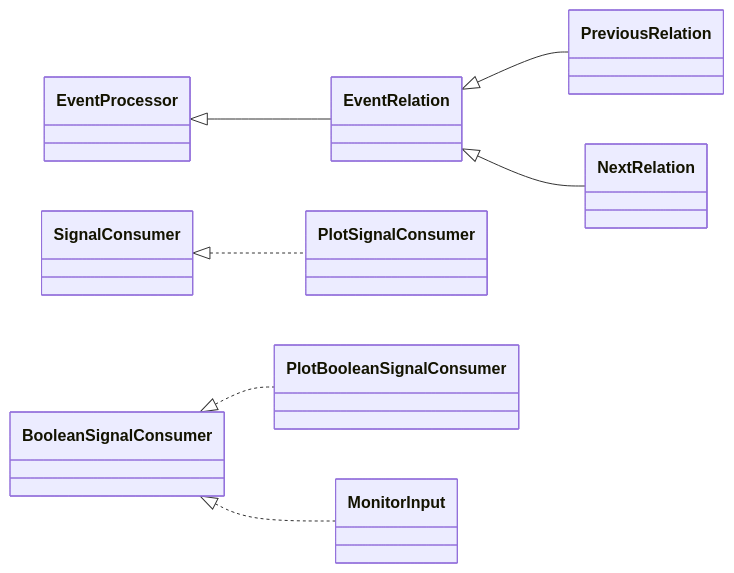
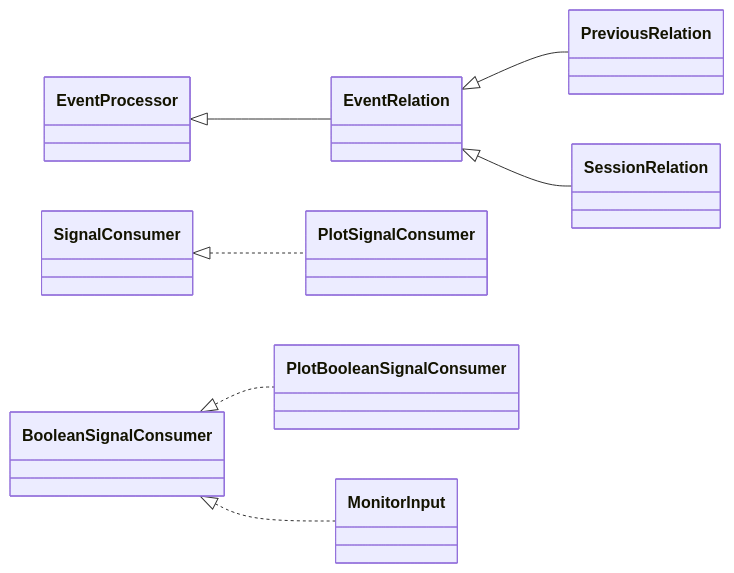
One commit to quasylab/CyTLMonitor changed the fifth of 5 diagrams in docs/architecture.md. Above: the diagram before and after it, drawn with Mermaid. The commit also changed other lines of this file and 41 other files, not shown here.

````diff
--- a/docs/architecture.md
+++ b/docs/architecture.md
@@ -126,10 +129,10 @@
 ```mermaid
 classDiagram
     direction LR
     EventProcessor <|-- EventRelation
     EventRelation <|-- PreviousRelation
-    EventRelation <|-- NextRelation
+    EventRelation <|-- SessionRelation
     SignalConsumer <|.. PlotSignalConsumer
     BooleanSignalConsumer <|.. PlotBooleanSignalConsumer
     BooleanSignalConsumer <|.. MonitorInput
 ```
````
